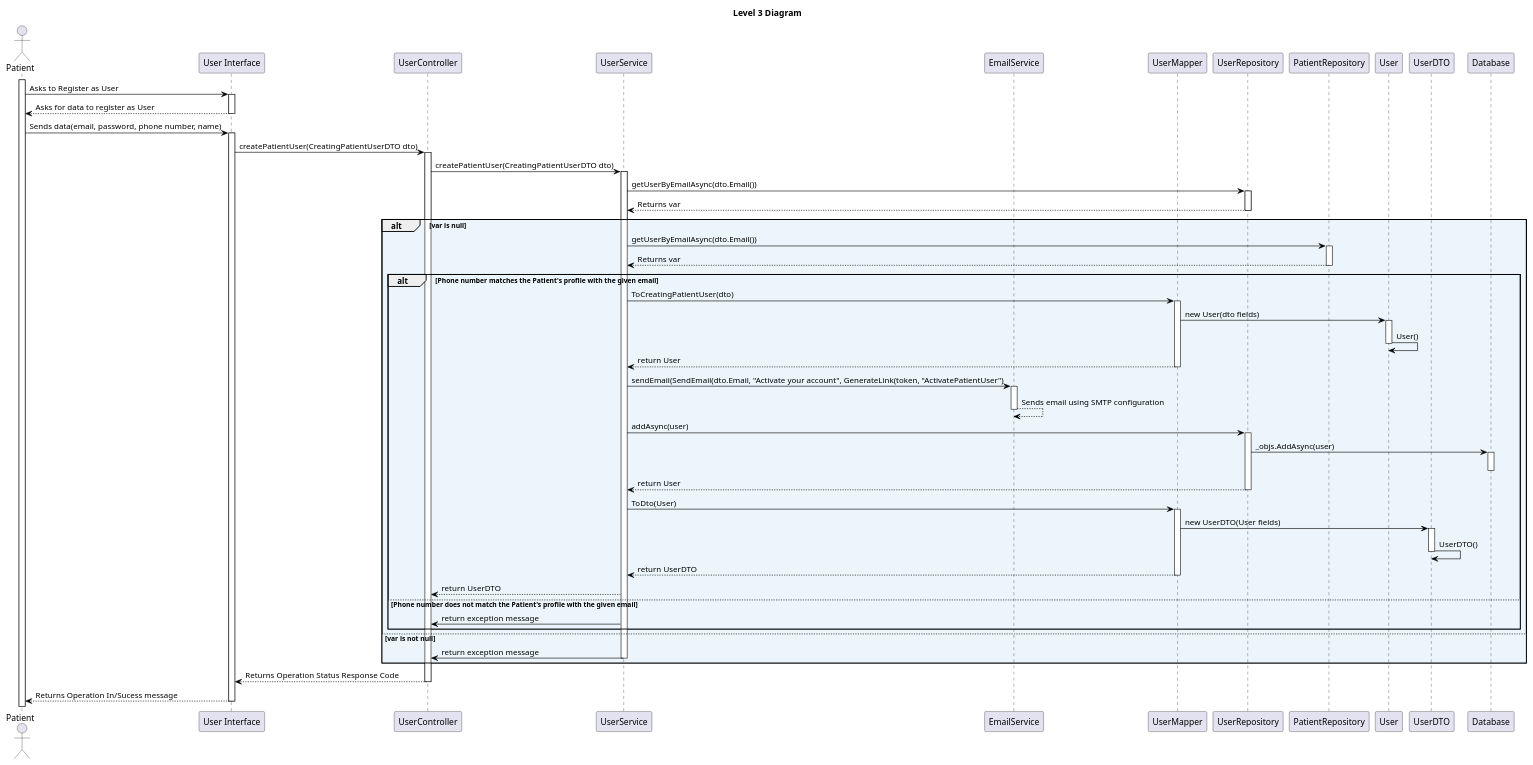
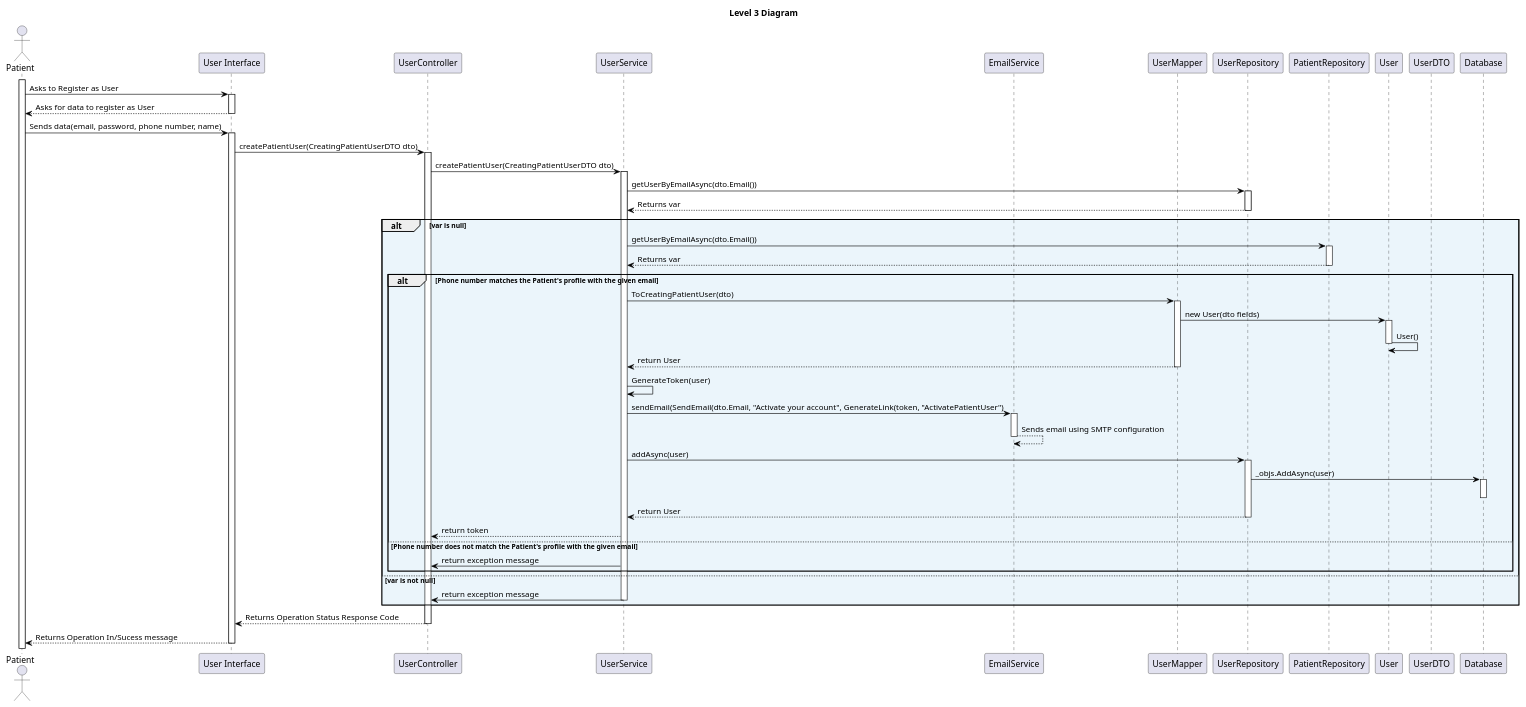
One commit to vscosousa/LAPR5_3DC_G15 changed the diagram in docs/sprint_A/us_5.1.3/level_3/puml/level_3.puml. Above: the diagram before and after it, drawn with PlantUML. The commit also changed 1 other file, not shown here.

```diff
--- a/docs/sprint_A/us_5.1.3/level_3/puml/level_3.puml
+++ b/docs/sprint_A/us_5.1.3/level_3/puml/level_3.puml
@@ -1,93 +1,86 @@
 @startuml level_3
 
 title Level 3 Diagram
 
 hide empty members
 'skinparam Linetype ortho
 
 skinparam class {
     BackgroundColor<<valueObject>> #D6EAF8
     BackgroundColor<<root>> #FDEBD0
     BackgroundColor<<service>> #D1F2EB
     BackgroundColor #FEF9E7
     ArrowColor Black
 }
 
 skinparam package {
     BackgroundColor #EBF5FB
 }
 
 actor Patient as P
 participant "User Interface" as UI
 participant "UserController" as C
 participant "UserService" as S
 participant "EmailService" as ES
 participant "UserMapper" as M
 participant "UserRepository" as R
 participant "PatientRepository" as PR
 participant "User" as U
 participant "UserDTO" as DTO
 participant "Database" as DB
 
 activate P
 P -> UI: Asks to Register as User
 activate UI
 UI --> P: Asks for data to register as User
 deactivate UI
 P -> UI: Sends data(email, password, phone number, name)
 activate UI
 UI -> C: createPatientUser(CreatingPatientUserDTO dto)
 activate C
 C -> S: createPatientUser(CreatingPatientUserDTO dto)
 activate S
 S -> R: getUserByEmailAsync(dto.Email())
 activate R
 R --> S: Returns var
 deactivate R
 alt var is null
     S -> PR: getUserByEmailAsync(dto.Email())
     activate PR
     PR --> S: Returns var
     deactivate PR
     alt Phone number matches the Patient's profile with the given email
         S -> M: ToCreatingPatientUser(dto)
         activate M
         M -> U: new User(dto fields)
         activate U
         U -> U: User()
         deactivate U
         M --> S: return User
         deactivate M
+        S -> S: GenerateToken(user)
         S -> ES: sendEmail(SendEmail(dto.Email, "Activate your account", GenerateLink(token, "ActivatePatientUser")
         activate ES
         ES --> ES: Sends email using SMTP configuration
         deactivate ES
         S -> R: addAsync(user)
         activate R
         R -> DB: _objs.AddAsync(user)
         activate DB
         deactivate DB
         R --> S: return User
         deactivate R
-        S -> M: ToDto(User)
-        activate M
-        M -> DTO: new UserDTO(User fields)
-        activate DTO
-        DTO -> DTO: UserDTO()
-        deactivate DTO
-        M --> S: return UserDTO
-        deactivate M
-        S --> C: return UserDTO 
+        S --> C: return token
     else Phone number does not match the Patient's profile with the given email
         S -> C: return exception message
     end
 else var is not null
     S -> C: return exception message
     deactivate S
 end
 C --> UI: Returns Operation Status Response Code
 deactivate C
 UI --> P: Returns Operation In/Sucess message
 deactivate UI
 
 @enduml
```
